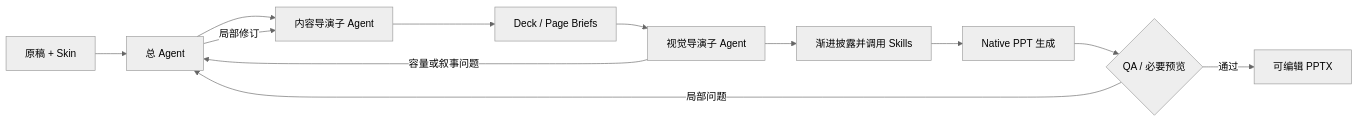
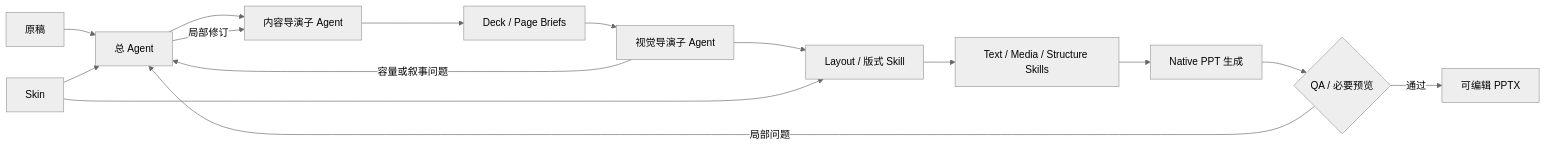
The second of 2 diagrams in docs/工作流/正式生成/工作流.md (NEUwpy/PPagenT), drawn with Mermaid (neutral theme) before and after one commit. The commit also changed other lines of this file and 6 other files, not shown here.

````diff
--- a/docs/工作流/正式生成/工作流.md
+++ b/docs/工作流/正式生成/工作流.md
@@ -37,14 +37,17 @@
 ```mermaid
 flowchart LR
-    A["原稿 + Skin"] --> O["总 Agent"]
+    A["原稿"] --> O["总 Agent"]
+    K["Skin"] --> O
     O --> C["内容导演子 Agent"]
     C --> P["Deck / Page Briefs"]
     P --> V["视觉导演子 Agent"]
-    V --> S["渐进披露并调用 Skills"]
+    V --> L["Layout / 版式 Skill"]
+    K --> L
+    L --> S["Text / Media / Structure Skills"]
     S --> N["Native PPT 生成"]
     N --> Q{"QA / 必要预览"}
     Q -->|通过| D["可编辑 PPTX"]
     Q -->|局部问题| O
     V -->|容量或叙事问题| O
     O -->|局部修订| C
 ```
````
